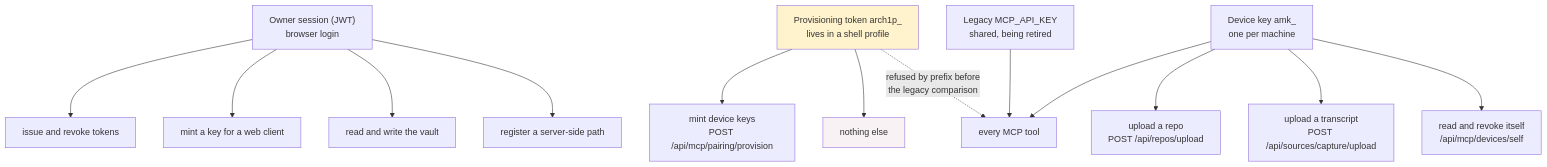
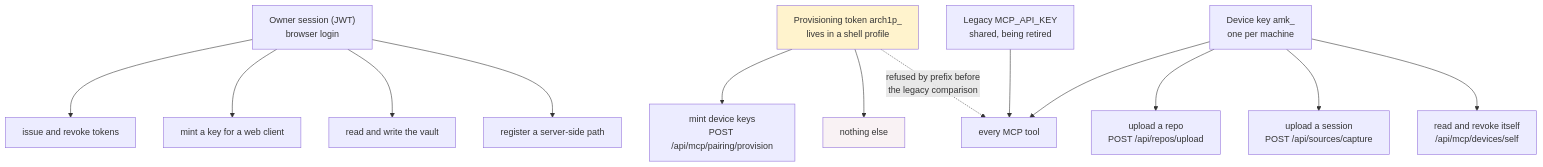
The third of 7 diagrams in docs/architecture/agent-setup-ux.md (perceo-ai/archivum), drawn with Mermaid before and after one commit. The commit also changed other lines of this file and 48 other files, not shown here.

````diff
--- a/docs/architecture/agent-setup-ux.md
+++ b/docs/architecture/agent-setup-ux.md
@@ -97,27 +97,27 @@
 ```mermaid
 flowchart TD
     owner["Owner session (JWT)<br/>browser login"]
     prov["Provisioning token arch1p_<br/>lives in a shell profile"]
     dev["Device key amk_<br/>one per machine"]
     legacy["Legacy MCP_API_KEY<br/>shared, being retired"]
 
     owner --> o1["issue and revoke tokens"]
     owner --> o2["mint a key for a web client"]
     owner --> o3["read and write the vault"]
     owner --> o4["register a server-side path"]
 
     prov --> p1["mint device keys<br/>POST /api/mcp/pairing/provision"]
     prov --> p2["nothing else"]
 
     dev --> d1["every MCP tool"]
     dev --> d2["upload a repo<br/>POST /api/repos/upload"]
-    dev --> d3["upload a transcript<br/>POST /api/sources/capture/upload"]
+    dev --> d3["upload a session<br/>POST /api/sources/capture"]
     dev --> d4["read and revoke itself<br/>/api/mcp/devices/self"]
 
     legacy --> d1
 
     prov -.->|"refused by prefix before<br/>the legacy comparison"| d1
 
     style p2 fill:#f9f2f4
     style prov fill:#fff3cd
 ```
````
